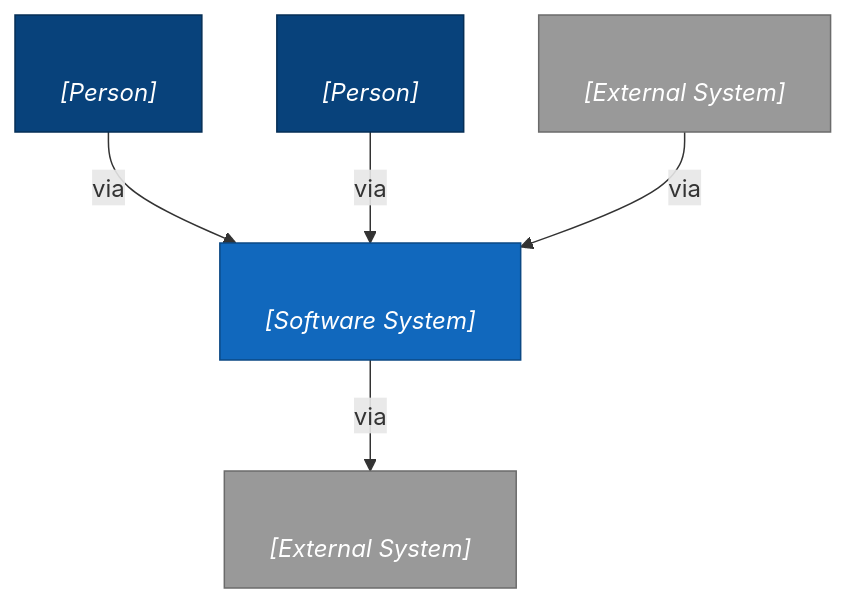
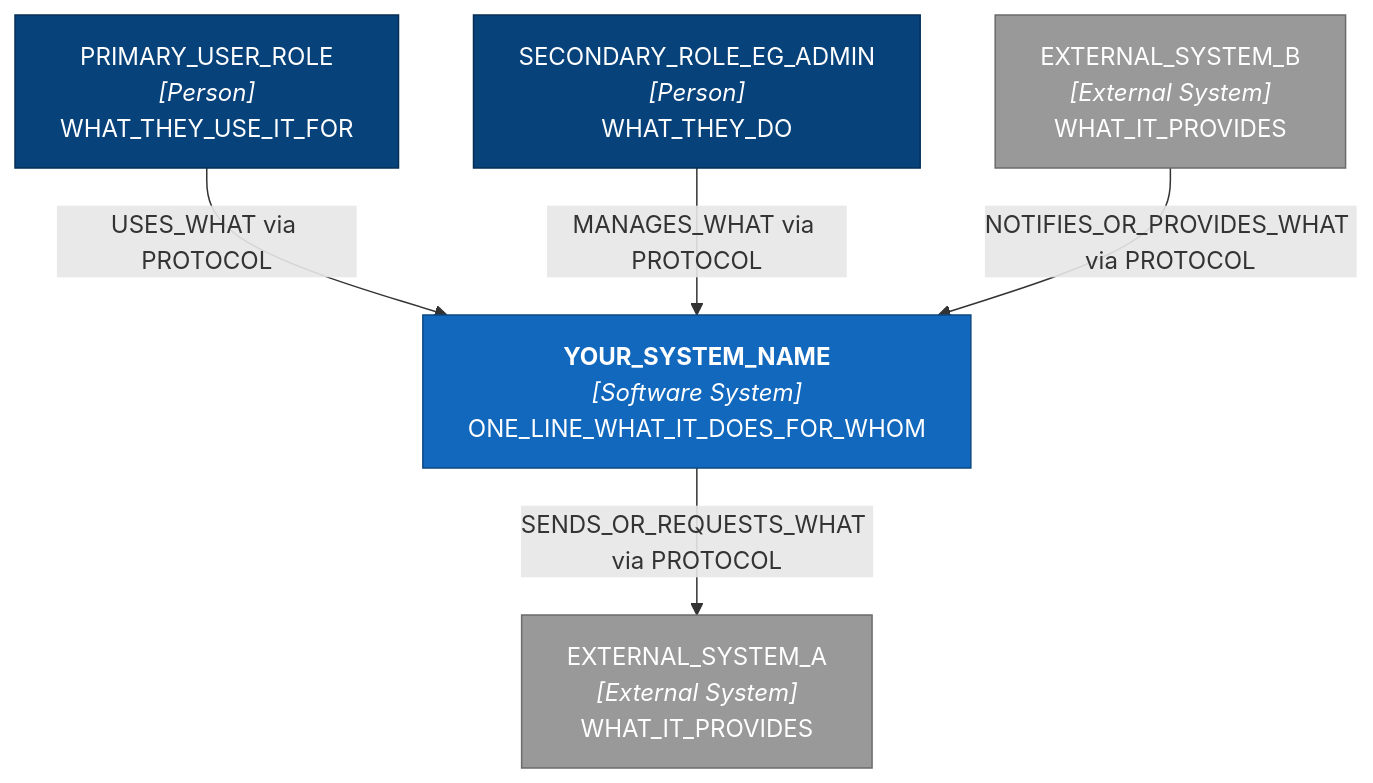
Before and after one commit to santapong/TheLoopSkill: the first of 2 diagrams in .claude/skills/designing-systems/templates/c4-context.md, drawn with Mermaid. The commit also changed other lines of this file and 4 other files, not shown here.

````diff
--- a/.claude/skills/designing-systems/templates/c4-context.md
+++ b/.claude/skills/designing-systems/templates/c4-context.md
@@ -25,28 +25,28 @@
 ```mermaid
 graph TB
     %% ---- People / actors (one node per distinct role) ----
-    personA["<Primary user role><br/><i>[Person]</i><br/><what they use it for>"]
-    personB["<Secondary role, e.g. Admin><br/><i>[Person]</i><br/><what they do>"]
+    personA["PRIMARY_USER_ROLE<br/><i>[Person]</i><br/>WHAT_THEY_USE_IT_FOR"]
+    personB["SECONDARY_ROLE_EG_ADMIN<br/><i>[Person]</i><br/>WHAT_THEY_DO"]
 
     %% ---- The system in focus (exactly ONE) ----
-    system["<b><Your System Name></b><br/><i>[Software System]</i><br/><one line: what it does for whom>"]
+    system["<b>YOUR_SYSTEM_NAME</b><br/><i>[Software System]</i><br/>ONE_LINE_WHAT_IT_DOES_FOR_WHOM"]
 
     %% ---- External systems you depend on but don't own ----
-    extA["<External System A><br/><i>[External System]</i><br/><what it provides>"]
-    extB["<External System B><br/><i>[External System]</i><br/><what it provides>"]
+    extA["EXTERNAL_SYSTEM_A<br/><i>[External System]</i><br/>WHAT_IT_PROVIDES"]
+    extB["EXTERNAL_SYSTEM_B<br/><i>[External System]</i><br/>WHAT_IT_PROVIDES"]
 
     %% ---- Relationships: label intent (+ protocol), point in the flow direction ----
-    personA -->|"<Uses / does what> via <protocol>"| system
-    personB -->|"<Manages what> via <protocol>"| system
-    system -->|"<Sends / requests what> via <protocol>"| extA
-    extB -->|"<Notifies / provides what> via <protocol>"| system
+    personA -->|"USES_WHAT via PROTOCOL"| system
+    personB -->|"MANAGES_WHAT via PROTOCOL"| system
+    system -->|"SENDS_OR_REQUESTS_WHAT via PROTOCOL"| extA
+    extB -->|"NOTIFIES_OR_PROVIDES_WHAT via PROTOCOL"| system
 
     %% ---- C4 colour convention: person (dark blue), focus (blue), external (grey) ----
     classDef person   fill:#08427b,stroke:#052e56,color:#ffffff
     classDef focus    fill:#1168bd,stroke:#0b4884,color:#ffffff
     classDef external fill:#999999,stroke:#6b6b6b,color:#ffffff
 
     class personA,personB person
     class system focus
     class extA,extB external
 ```
````
